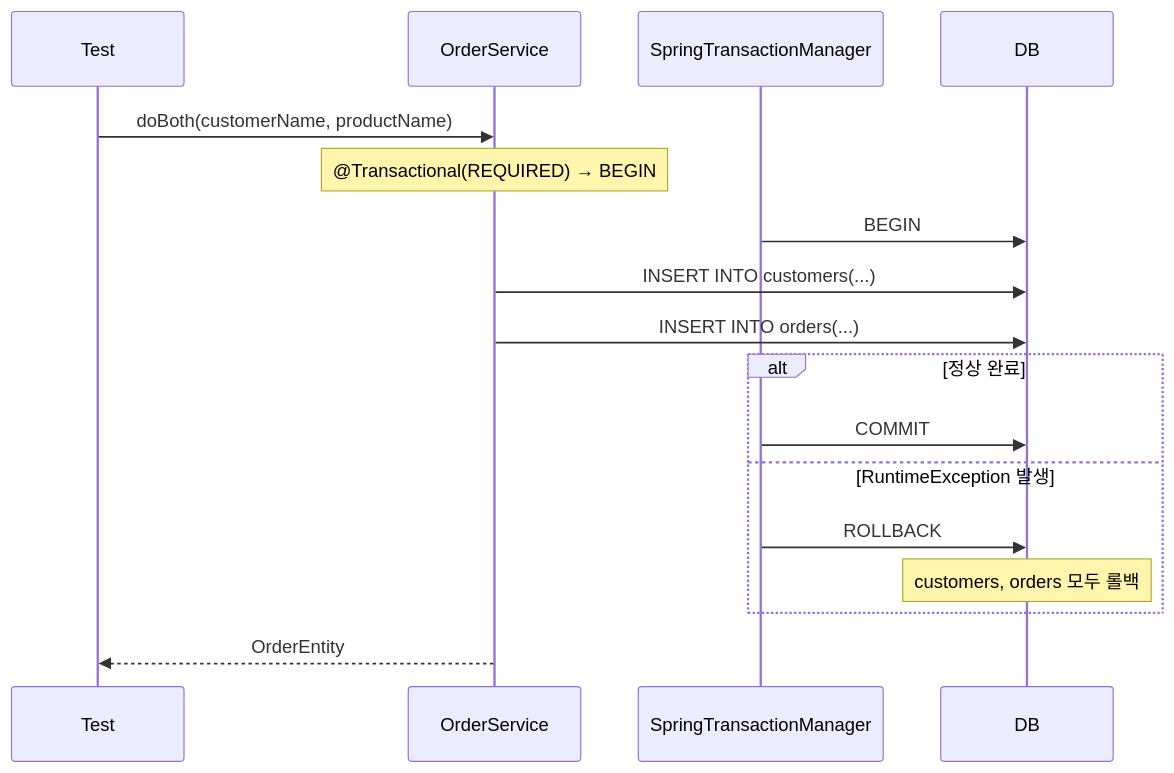
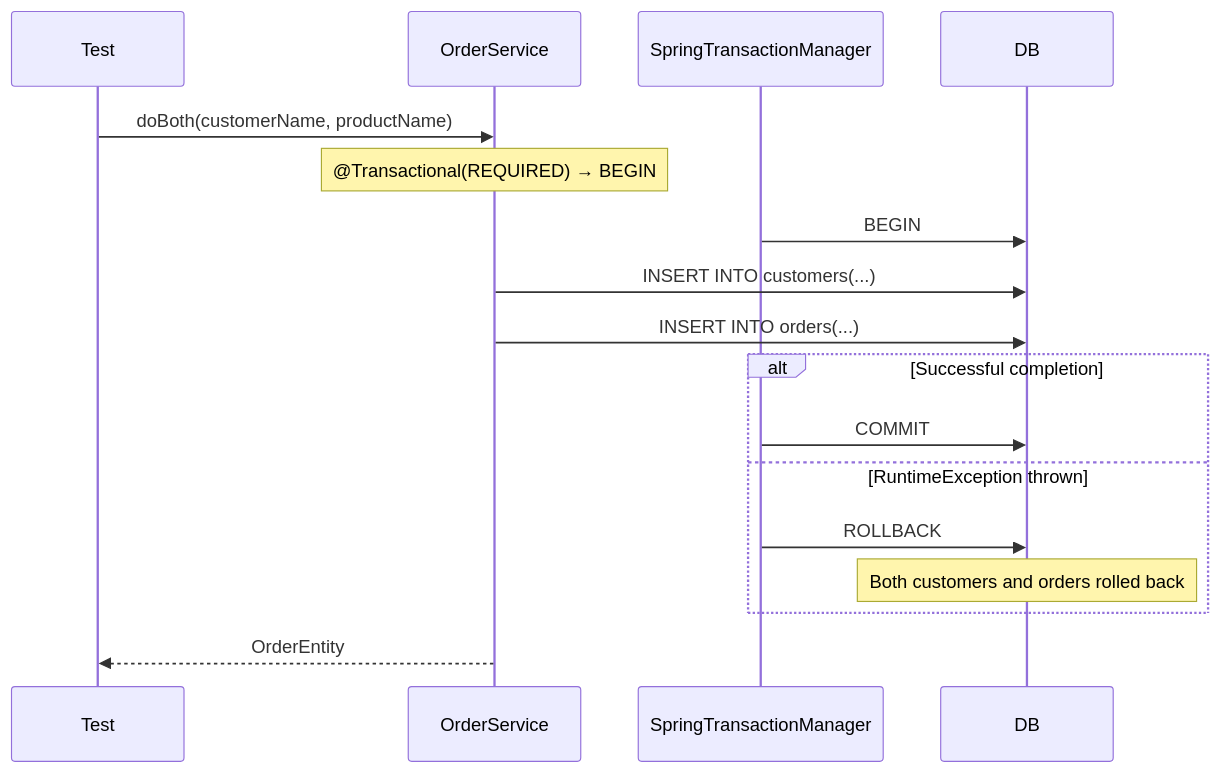
One commit to bluetape4k/exposed-workshop changed the second of 2 diagrams in 09-spring/03-spring-transaction/README.md. Above: the diagram before and after it, drawn with Mermaid. The commit also changed other lines of this file and 115 other files, not shown here.

````diff
--- a/09-spring/03-spring-transaction/README.md
+++ b/09-spring/03-spring-transaction/README.md
@@ -157,20 +158,20 @@
 ```mermaid
 sequenceDiagram
     participant Test
     participant OrderService
     participant STM as SpringTransactionManager
     participant DB
 
     Test->>OrderService: doBoth(customerName, productName)
     Note over OrderService: @Transactional(REQUIRED) → BEGIN
     STM->>DB: BEGIN
     OrderService->>DB: INSERT INTO customers(...)
     OrderService->>DB: INSERT INTO orders(...)
-    alt 정상 완료
+    alt Successful completion
         STM->>DB: COMMIT
-    else RuntimeException 발생
+    else RuntimeException thrown
         STM->>DB: ROLLBACK
-        Note over DB: customers, orders 모두 롤백
+        Note over DB: Both customers and orders rolled back
     end
     OrderService-->>Test: OrderEntity
 ```
````
